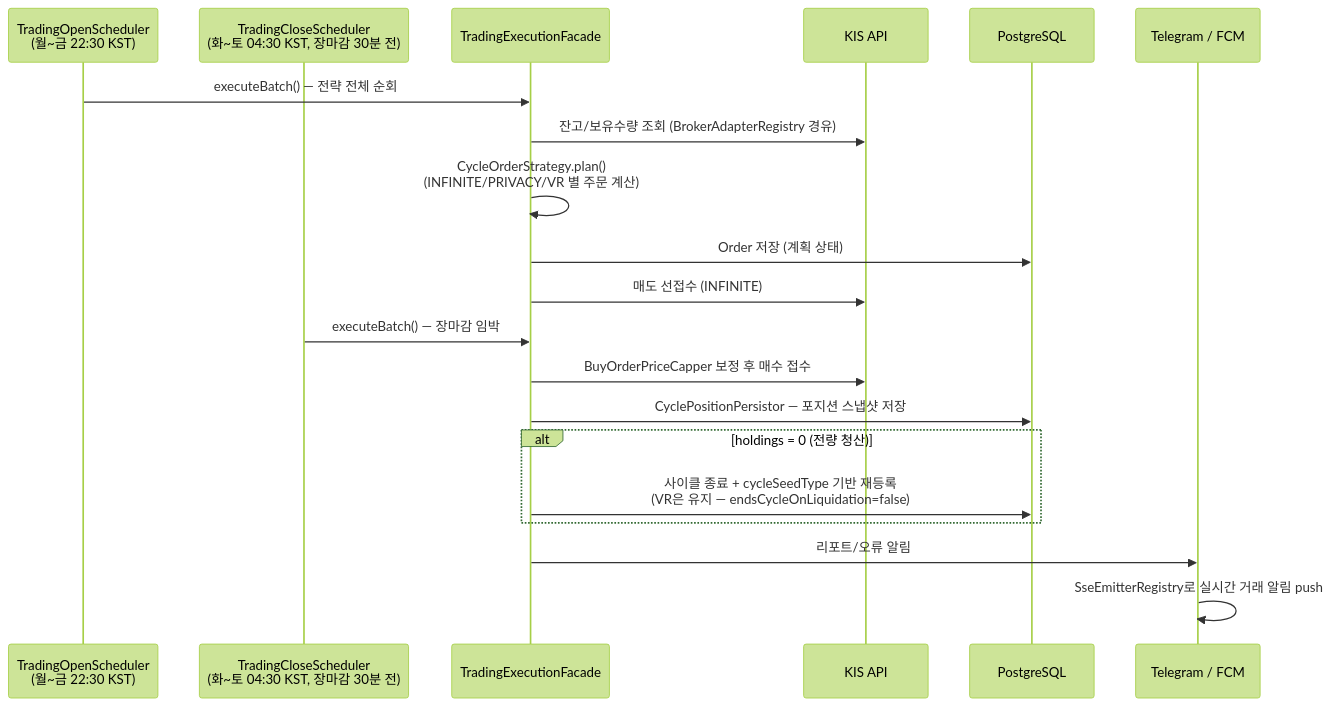
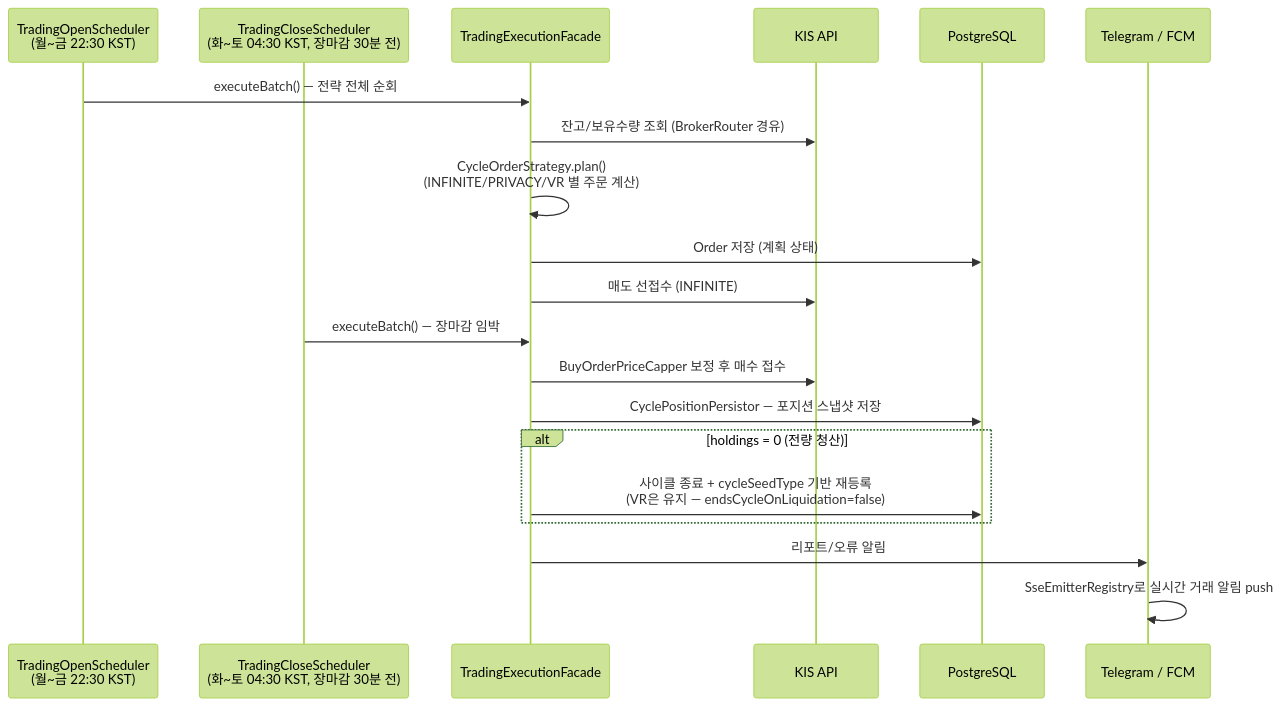
The second of 3 diagrams in README.md (narafu/kista-api), drawn with Mermaid (forest theme) before and after one commit. The commit also changed 49 other files, not shown here.

First line of the commit message:
refactor(broker,trading): BrokerAdapterRegistry를 포트 단위 라우팅으로 교체

````diff
--- a/README.md
+++ b/README.md
@@ -63,24 +63,24 @@
 ```mermaid
 sequenceDiagram
     participant S1 as TradingOpenScheduler<br/>(월~금 22:30 KST)
     participant S2 as TradingCloseScheduler<br/>(화~토 04:30 KST, 장마감 30분 전)
     participant TF as TradingExecutionFacade
     participant KIS as KIS API
     participant DB as PostgreSQL
     participant Noti as Telegram / FCM
 
     S1->>TF: executeBatch() — 전략 전체 순회
-    TF->>KIS: 잔고/보유수량 조회 (BrokerAdapterRegistry 경유)
+    TF->>KIS: 잔고/보유수량 조회 (BrokerRouter 경유)
     TF->>TF: CycleOrderStrategy.plan()<br/>(INFINITE/PRIVACY/VR 별 주문 계산)
     TF->>DB: Order 저장 (계획 상태)
     TF->>KIS: 매도 선접수 (INFINITE)
 
     S2->>TF: executeBatch() — 장마감 임박
     TF->>KIS: BuyOrderPriceCapper 보정 후 매수 접수
     TF->>DB: CyclePositionPersistor — 포지션 스냅샷 저장
     alt holdings = 0 (전량 청산)
         TF->>DB: 사이클 종료 + cycleSeedType 기반 재등록<br/>(VR은 유지 — endsCycleOnLiquidation=false)
     end
     TF->>Noti: 리포트/오류 알림
     Noti->>Noti: SseEmitterRegistry로 실시간 거래 알림 push
 ```
````
